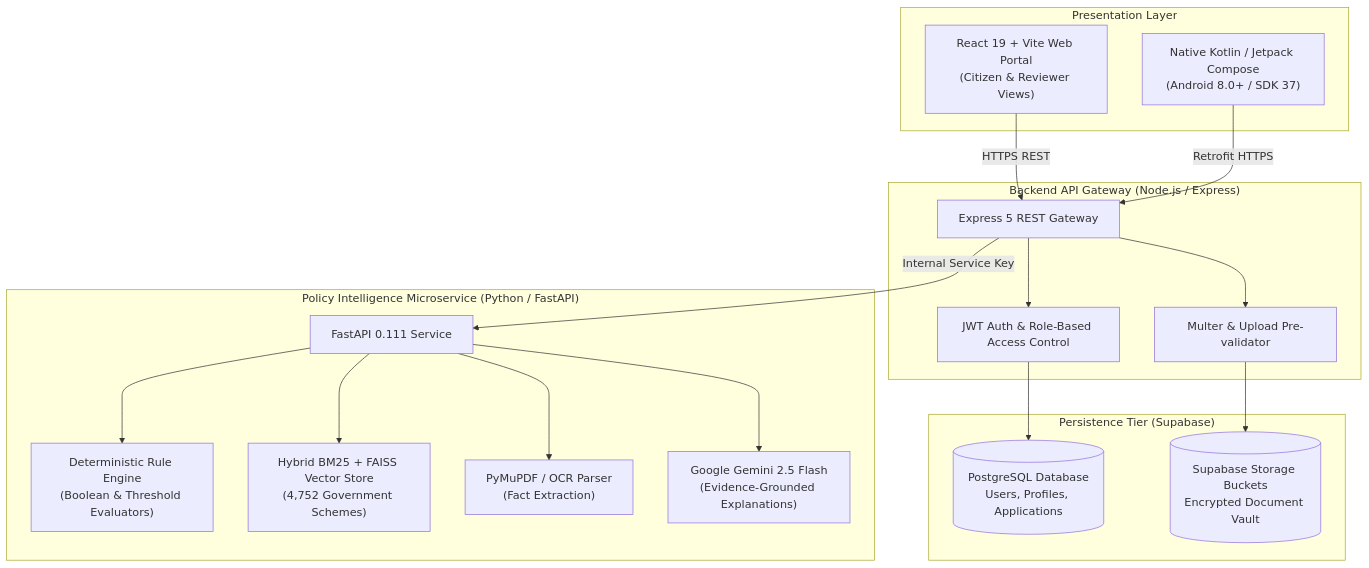
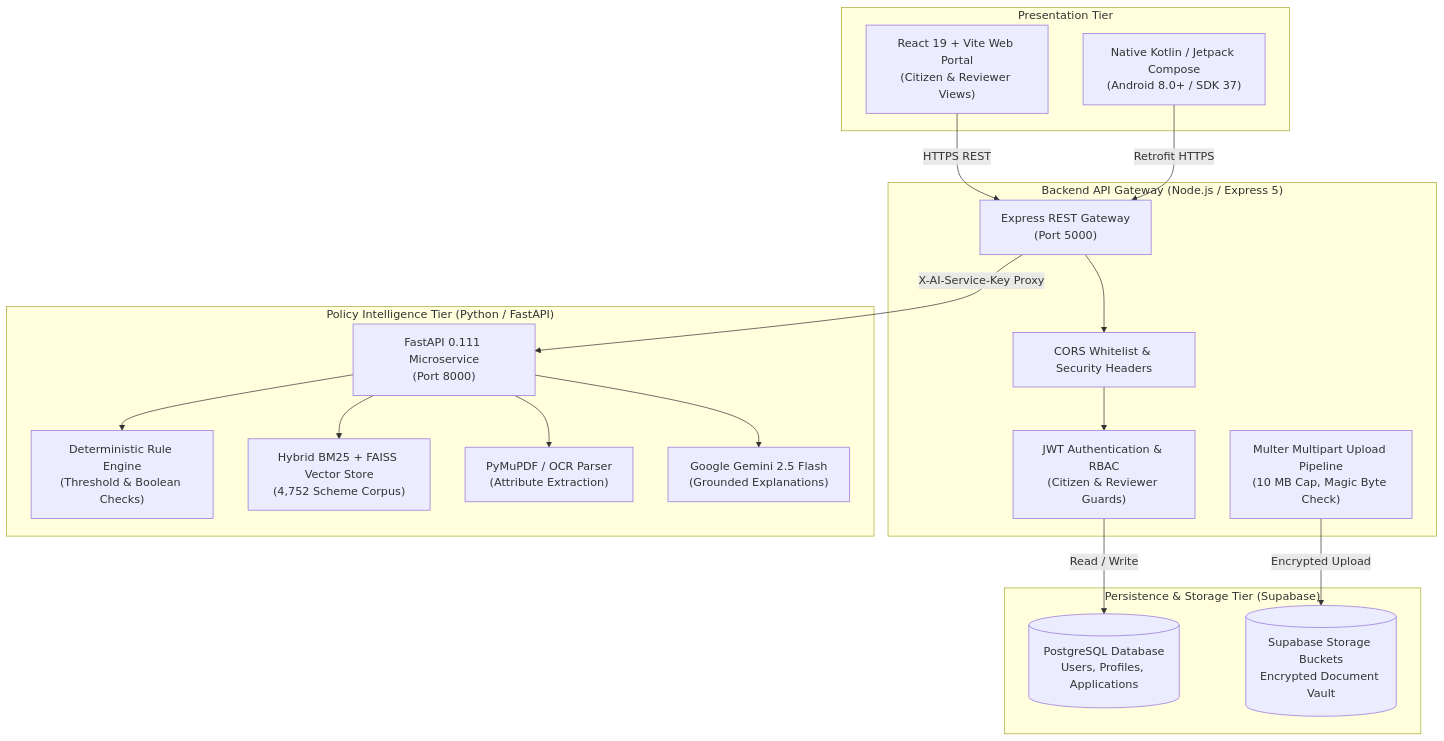
One commit to DhruvOzha85/PCCOE-HackMatrix changed the diagram in README.md. Above: the diagram before and after it, drawn with Mermaid. The commit also changed other lines of this file and 8 other files, not shown here.

````diff
--- a/README.md
+++ b/README.md
@@ -89,38 +166,39 @@
 ```mermaid
 flowchart TB
-    subgraph Clients["Presentation Layer"]
-        WebClient["React 19 + Vite Web Portal\n(Citizen & Reviewer Views)"]
-        MobileClient["Native Kotlin / Jetpack Compose\n(Android 8.0+ / SDK 37)"]
+    subgraph ClientLayer["Presentation Tier"]
+        Web["React 19 + Vite Web Portal\n(Citizen & Reviewer Views)"]
+        Android["Native Kotlin / Jetpack Compose\n(Android 8.0+ / SDK 37)"]
     end
 
-    subgraph Gateway["Backend API Gateway (Node.js / Express)"]
-        API["Express 5 REST Gateway"]
-        Auth["JWT Auth & Role-Based Access Control"]
-        StorageEngine["Multer & Upload Pre-validator"]
+    subgraph GatewayLayer["Backend API Gateway (Node.js / Express 5)"]
+        Gateway["Express REST Gateway\n(Port 5000)"]
+        AuthMid["JWT Authentication & RBAC\n(Citizen & Reviewer Guards)"]
+        MulterEng["Multer Multipart Upload Pipeline\n(10 MB Cap, Magic Byte Check)"]
+        CorsEngine["CORS Whitelist & Security Headers"]
     end
 
-    subgraph DataTier["Persistence Tier (Supabase)"]
+    subgraph DataLayer["Persistence & Storage Tier (Supabase)"]
         Postgres[(PostgreSQL Database\nUsers, Profiles, Applications)]
-        DocVault[(Supabase Storage Buckets\nEncrypted Document Vault)]
+        Storage[(Supabase Storage Buckets\nEncrypted Document Vault)]
     end
 
-    subgraph IntelligenceTier["Policy Intelligence Microservice (Python / FastAPI)"]
-        FastAPIApp["FastAPI 0.111 Service"]
-        RuleEngine["Deterministic Rule Engine\n(Boolean & Threshold Evaluators)"]
-        VectorStore["Hybrid BM25 + FAISS Vector Store\n(4,752 Government Schemes)"]
-        OCR["PyMuPDF / OCR Parser\n(Fact Extraction)"]
-        LLM["Google Gemini 2.5 Flash\n(Evidence-Grounded Explanations)"]
+    subgraph IntelligenceLayer["Policy Intelligence Tier (Python / FastAPI)"]
+        FastAPI["FastAPI 0.111 Microservice\n(Port 8000)"]
+        RuleEngine["Deterministic Rule Engine\n(Threshold & Boolean Checks)"]
+        Retriever["Hybrid BM25 + FAISS Vector Store\n(4,752 Scheme Corpus)"]
+        DocParser["PyMuPDF / OCR Parser\n(Attribute Extraction)"]
+        LLM["Google Gemini 2.5 Flash\n(Grounded Explanations)"]
     end
 
-    WebClient -->|"HTTPS REST"| API
-    MobileClient -->|"Retrofit HTTPS"| API
-    API --> Auth
-    Auth --> Postgres
-    API --> StorageEngine
-    StorageEngine --> DocVault
-    API -->|"Internal Service Key"| FastAPIApp
-    FastAPIApp --> RuleEngine
-    FastAPIApp --> VectorStore
-    FastAPIApp --> OCR
-    FastAPIApp --> LLM
+    Web -->|"HTTPS REST"| Gateway
+    Android -->|"Retrofit HTTPS"| Gateway
+    Gateway --> CorsEngine
+    CorsEngine --> AuthMid
+    AuthMid -->|"Read / Write"| Postgres
+    MulterEng -->|"Encrypted Upload"| Storage
+    Gateway -->|"X-AI-Service-Key Proxy"| FastAPI
+    FastAPI --> RuleEngine
+    FastAPI --> Retriever
+    FastAPI --> DocParser
+    FastAPI --> LLM
 ```
````
